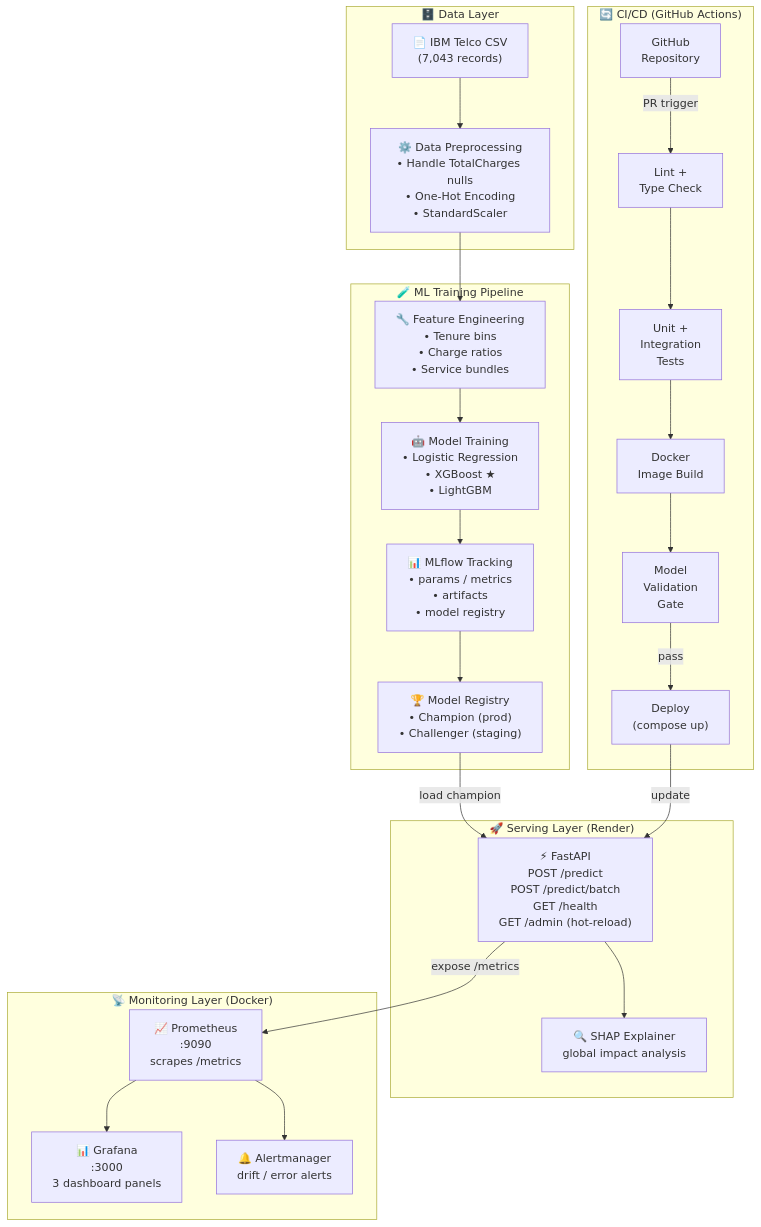
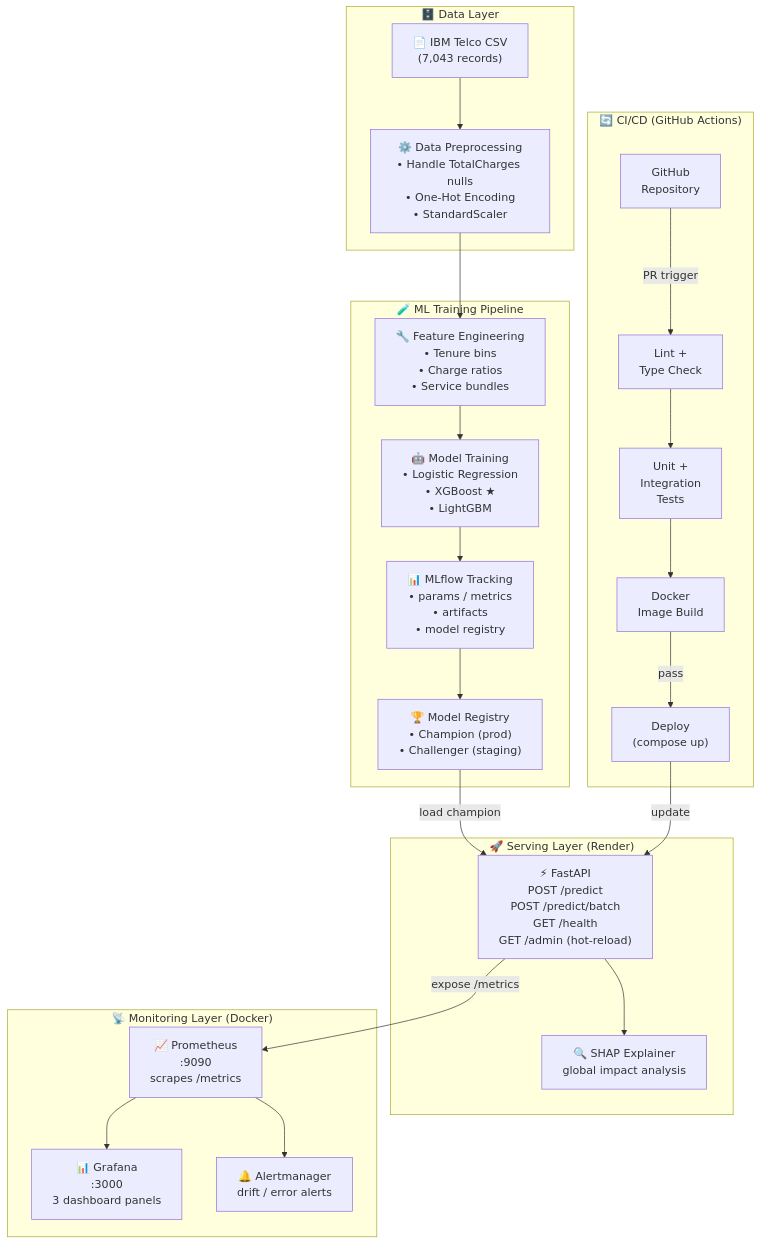
One commit to bachnhan/msa24-ddm501-group6-final-project changed the first of 2 diagrams in ARCHITECTURE.md. Above: the diagram before and after it, drawn with Mermaid. The commit also changed other lines of this file and 1 other file, not shown here.

Commit message:
docs: sync README and ARCHITECTURE with actual code implementation

````diff
--- a/ARCHITECTURE.md
+++ b/ARCHITECTURE.md
@@ -54,51 +56,49 @@
 ```mermaid
 graph TB
     subgraph DATA["🗄️ Data Layer"]
         CSV["📄 IBM Telco CSV\n(7,043 records)"]
         PREP["⚙️ Data Preprocessing\n• Handle TotalCharges nulls\n• One-Hot Encoding\n• StandardScaler"]
         CSV --> PREP
     end
 
     subgraph TRAINING["🧪 ML Training Pipeline"]
         FE["🔧 Feature Engineering\n• Tenure bins\n• Charge ratios\n• Service bundles"]
         TRAIN["🤖 Model Training\n• Logistic Regression\n• XGBoost ★\n• LightGBM"]
         MLFLOW["📊 MLflow Tracking\n• params / metrics\n• artifacts\n• model registry"]
         REGISTRY["🏆 Model Registry\n• Champion (prod)\n• Challenger (staging)"]
         FE --> TRAIN
         TRAIN --> MLFLOW
         MLFLOW --> REGISTRY
     end
 
     subgraph SERVING["🚀 Serving Layer (Render)"]
         API["⚡ FastAPI\nPOST /predict\nPOST /predict/batch\nGET  /health\nGET  /admin (hot-reload)"]
         SHAP["🔍 SHAP Explainer\nglobal impact analysis"]
         API --> SHAP
     end
 
     subgraph MONITORING["📡 Monitoring Layer (Docker)"]
         PROM["📈 Prometheus\n:9090\nscrapes /metrics"]
         GRAF["📊 Grafana\n:3000\n3 dashboard panels"]
         ALERT["🔔 Alertmanager\ndrift / error alerts"]
         PROM --> GRAF
         PROM --> ALERT
     end
 
     subgraph CICD["🔄 CI/CD (GitHub Actions)"]
         GH["GitHub\nRepository"]
         LINT["Lint +\nType Check"]
         TEST["Unit +\nIntegration\nTests"]
         BUILD["Docker\nImage Build"]
-        VALIDATE["Model\nValidation\nGate"]
         DEPLOY["Deploy\n(compose up)"]
         GH -->|PR trigger| LINT
         LINT --> TEST
         TEST --> BUILD
-        BUILD --> VALIDATE
-        VALIDATE -->|pass| DEPLOY
+        BUILD -->|pass| DEPLOY
     end
 
     PREP --> FE
     REGISTRY -->|load champion| API
     API -->|expose /metrics| PROM
     DEPLOY -->|update| API
 ```
````
